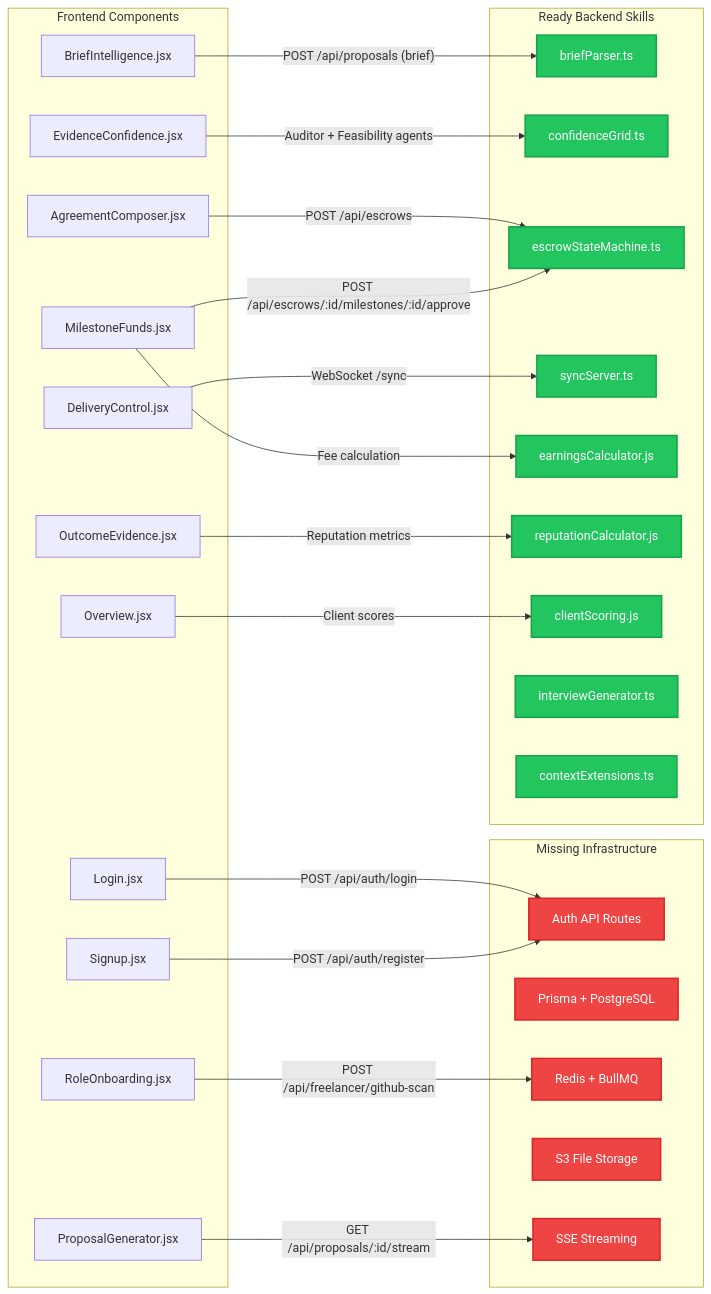
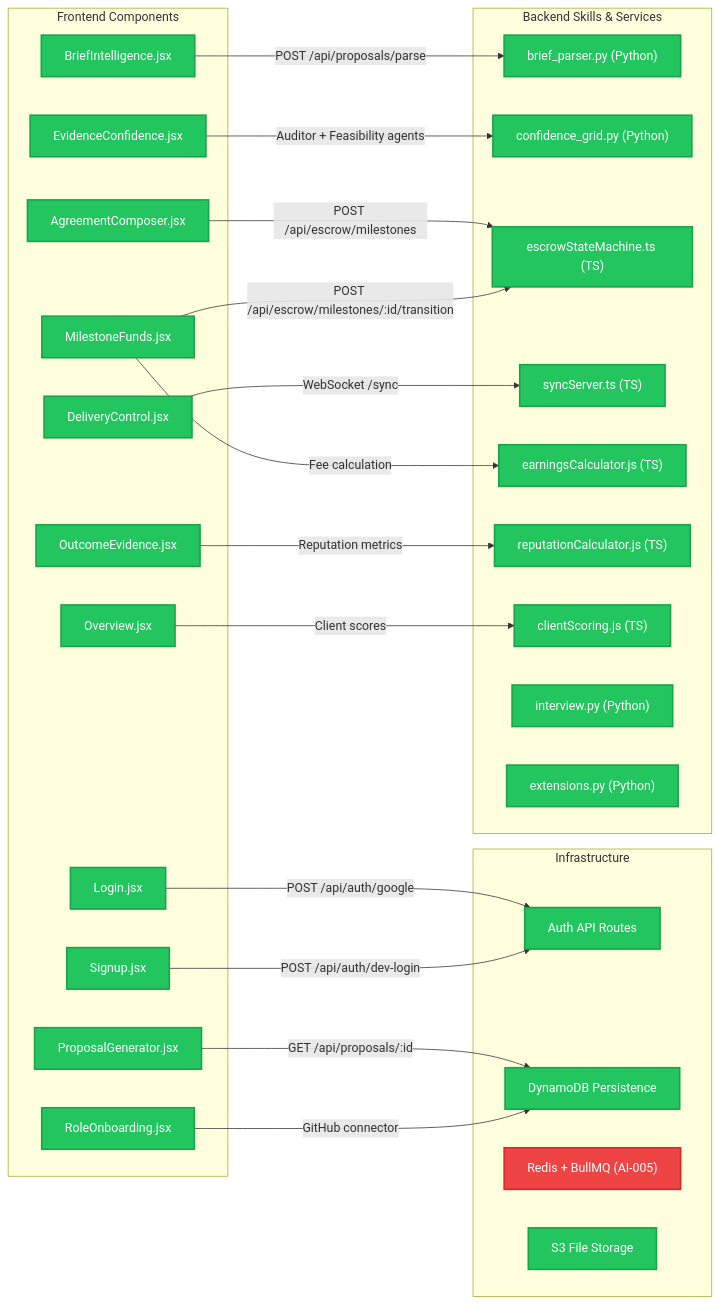
The first of 10 diagrams in docs/specifications/architecture/backend_connectivity_roadmap.md (FixFlow-AI/FixFlow-AI-web), drawn with Mermaid before and after one commit. The commit also changed other lines of this file and 9 other files, not shown here.

Commit message:
docs: initialize AI feature specification suite, implementation playbook, and architectural roadmaps

````diff
--- a/docs/specifications/architecture/backend_connectivity_roadmap.md
+++ b/docs/specifications/architecture/backend_connectivity_roadmap.md
@@ -67,53 +64,52 @@
 ```mermaid
 graph LR
     classDef ready fill:#22c55e,stroke:#16a34a,stroke-width:2px,color:#fff
     classDef missing fill:#ef4444,stroke:#dc2626,stroke-width:2px,color:#fff
     classDef partial fill:#eab308,stroke:#ca8a04,stroke-width:2px,color:#000
 
     subgraph Frontend Components
-        Login["Login.jsx"]
-        Signup["Signup.jsx"]
-        Brief["BriefIntelligence.jsx"]
-        Proposal["ProposalGenerator.jsx"]
-        Confidence["EvidenceConfidence.jsx"]
-        Agreement["AgreementComposer.jsx"]
-        Milestone["MilestoneFunds.jsx"]
-        Delivery["DeliveryControl.jsx"]
-        Outcome["OutcomeEvidence.jsx"]
-        Overview["Overview.jsx"]
-        Onboard["RoleOnboarding.jsx"]
+        Login["Login.jsx"]:::ready
+        Signup["Signup.jsx"]:::ready
+        Brief["BriefIntelligence.jsx"]:::ready
+        Proposal["ProposalGenerator.jsx"]:::ready
+        Confidence["EvidenceConfidence.jsx"]:::ready
+        Agreement["AgreementComposer.jsx"]:::ready
+        Milestone["MilestoneFunds.jsx"]:::ready
+        Delivery["DeliveryControl.jsx"]:::ready
+        Outcome["OutcomeEvidence.jsx"]:::ready
+        Overview["Overview.jsx"]:::ready
+        Onboard["RoleOnboarding.jsx"]:::ready
     end
 
-    subgraph Missing Infrastructure
-        AuthAPI["Auth API Routes"]:::missing
-        PrismaDB["Prisma + PostgreSQL"]:::missing
-        RedisLayer["Redis + BullMQ"]:::missing
-        S3Store["S3 File Storage"]:::missing
-        SSE["SSE Streaming"]:::missing
+    subgraph Infrastructure
+        AuthAPI["Auth API Routes"]:::ready
+        DynamoDB["DynamoDB Persistence"]:::ready
+        RedisLayer["Redis + BullMQ (AI-005)"]:::missing
+        S3Store["S3 File Storage"]:::ready
     end
 
-    subgraph Ready Backend Skills
-        BriefParser["briefParser.ts"]:::ready
-        ConfGrid["confidenceGrid.ts"]:::ready
-        EscrowFSM["escrowStateMachine.ts"]:::ready
-        SyncSrv["syncServer.ts"]:::ready
-        EarnCalc["earningsCalculator.js"]:::ready
-        RepCalc["reputationCalculator.js"]:::ready
-        ClientScore["clientScoring.js"]:::ready
-        Interview["interviewGenerator.ts"]:::ready
-        CtxExt["contextExtensions.ts"]:::ready
+    subgraph Backend Skills & Services
+        BriefParser["brief_parser.py (Python)"]:::ready
+        ConfGrid["confidence_grid.py (Python)"]:::ready
+        EscrowFSM["escrowStateMachine.ts (TS)"]:::ready
+        SyncSrv["syncServer.ts (TS)"]:::ready
+        EarnCalc["earningsCalculator.js (TS)"]:::ready
+        RepCalc["reputationCalculator.js (TS)"]:::ready
+        ClientScore["clientScoring.js (TS)"]:::ready
+        Interview["interview.py (Python)"]:::ready
+        CtxExt["extensions.py (Python)"]:::ready
     end
 
-    Login -->|"POST /api/auth/login"| AuthAPI
-    Signup -->|"POST /api/auth/register"| AuthAPI
-    Brief -->|"POST /api/proposals (brief)"| BriefParser
-    Proposal -->|"GET /api/proposals/:id/stream"| SSE
+    Login -->|"POST /api/auth/google"| AuthAPI
+    Signup -->|"POST /api/auth/dev-login"| AuthAPI
+    Brief -->|"POST /api/proposals/parse"| BriefParser
+    Proposal -->|"GET /api/proposals/:id"| DynamoDB
     Confidence -->|"Auditor + Feasibility agents"| ConfGrid
-    Agreement -->|"POST /api/escrows"| EscrowFSM
-    Milestone -->|"POST /api/escrows/:id/milestones/:id/approve"| EscrowFSM
+    Agreement -->|"POST /api/escrow/milestones"| EscrowFSM
+    Milestone -->|"POST /api/escrow/milestones/:id/transition"| EscrowFSM
     Milestone -->|"Fee calculation"| EarnCalc
     Delivery -->|"WebSocket /sync"| SyncSrv
     Outcome -->|"Reputation metrics"| RepCalc
-    Onboard -->|"POST /api/freelancer/github-scan"| RedisLayer
+    Onboard -->|"GitHub connector"| DynamoDB
     Overview -->|"Client scores"| ClientScore
 ```
````
